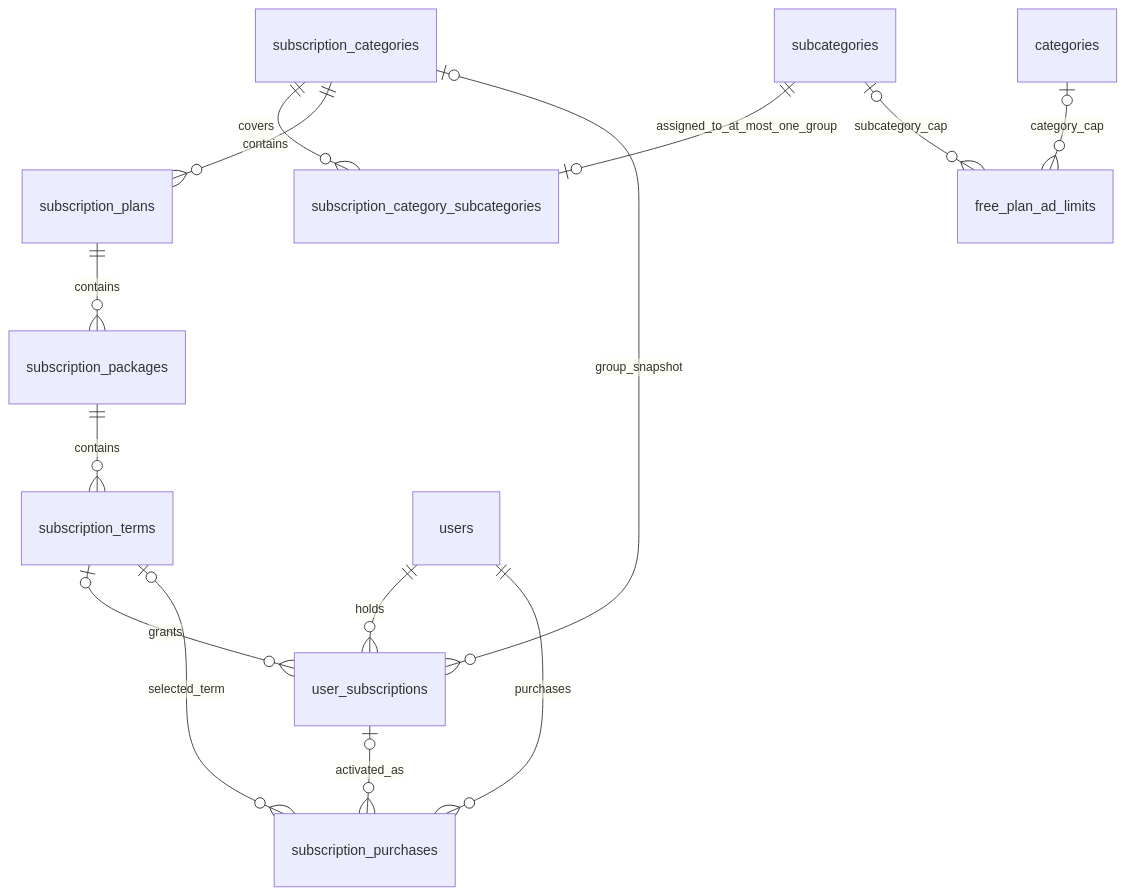
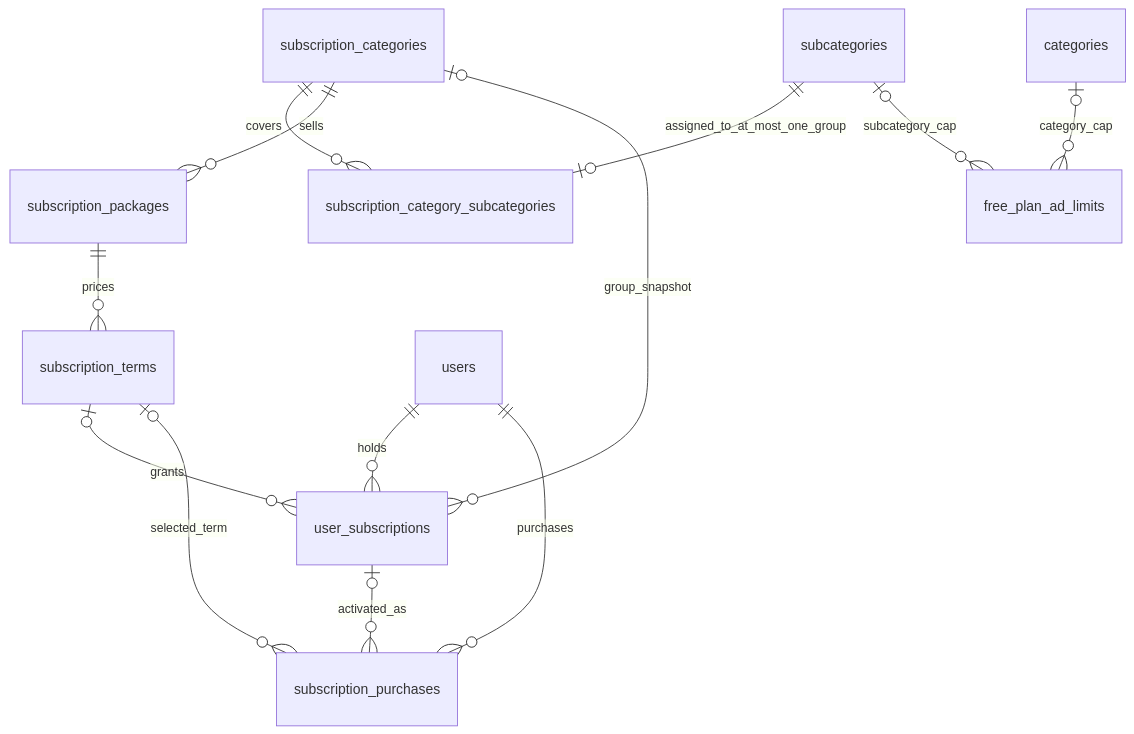
The first of 4 diagrams in apps/backend/src/admin/subscriptions/README.md (SovannrothEang/e-phsar-khmer), drawn with Mermaid before and after one commit. The commit also changed other lines of this file and 157 other files, not shown here.

````diff
--- a/apps/backend/src/admin/subscriptions/README.md
+++ b/apps/backend/src/admin/subscriptions/README.md
@@ -27,16 +29,15 @@
 ```mermaid
 erDiagram
     subscription_categories ||--o{ subscription_category_subcategories : covers
     subcategories ||--o| subscription_category_subcategories : assigned_to_at_most_one_group
-    subscription_categories ||--o{ subscription_plans : contains
-    subscription_plans ||--o{ subscription_packages : contains
-    subscription_packages ||--o{ subscription_terms : contains
+    subscription_categories ||--o{ subscription_packages : sells
+    subscription_packages ||--o{ subscription_terms : prices
     users ||--o{ user_subscriptions : holds
     subscription_terms o|--o{ user_subscriptions : grants
     subscription_categories o|--o{ user_subscriptions : group_snapshot
     users ||--o{ subscription_purchases : purchases
     subscription_terms o|--o{ subscription_purchases : selected_term
     user_subscriptions o|--o{ subscription_purchases : activated_as
     categories o|--o{ free_plan_ad_limits : category_cap
     subcategories o|--o{ free_plan_ad_limits : subcategory_cap
 ```
````
